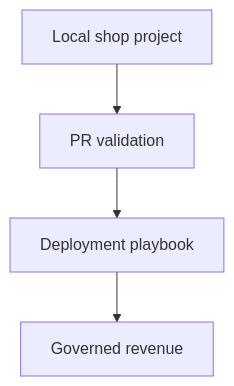
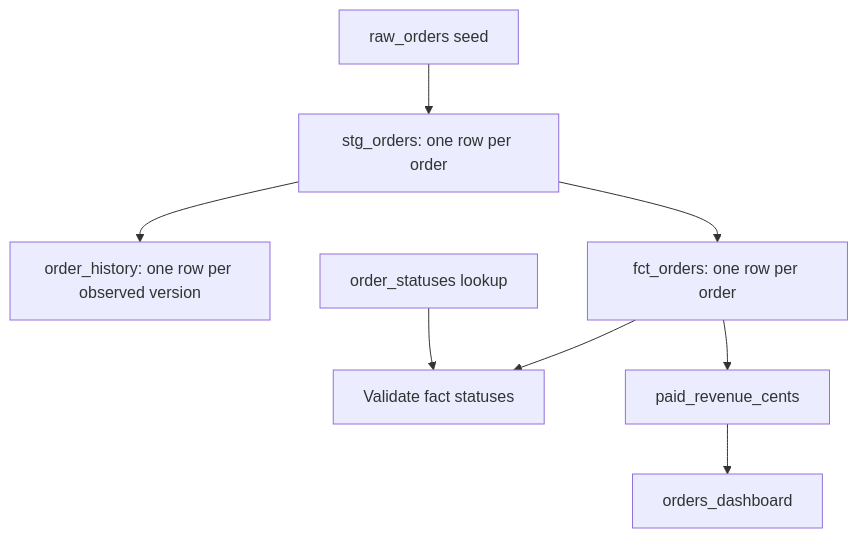
The diagram in docs/lessons/0039-capstone-build-and-release-plan.md (Rohit1024/dbt-learn), drawn with Mermaid before and after one commit. The commit also changed other lines of this file and 4 other files, not shown here.

````diff
--- a/docs/lessons/0039-capstone-build-and-release-plan.md
+++ b/docs/lessons/0039-capstone-build-and-release-plan.md
@@ -7,8 +5,10 @@
 ```mermaid
 flowchart TD
-    A["Local shop project"]
-    B["PR validation"]
-    C["Deployment playbook"]
-    D["Governed revenue"]
-    A --> B --> C --> D
+    A["raw_orders seed"] --> B["stg_orders: one row per order"]
+    B --> C["order_history: one row per observed version"]
+    B --> D["fct_orders: one row per order"]
+    E["order_statuses lookup"] --> F["Validate fact statuses"]
+    D --> F
+    D --> G["paid_revenue_cents"]
+    G --> H["orders_dashboard"]
 ```
````
